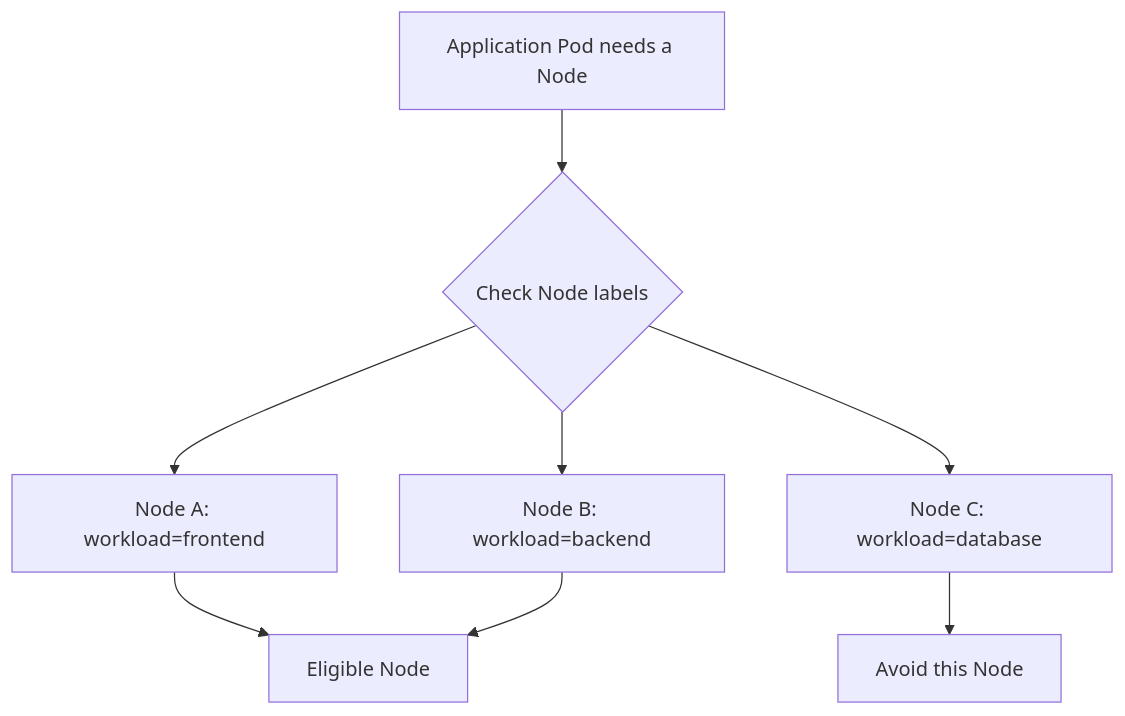
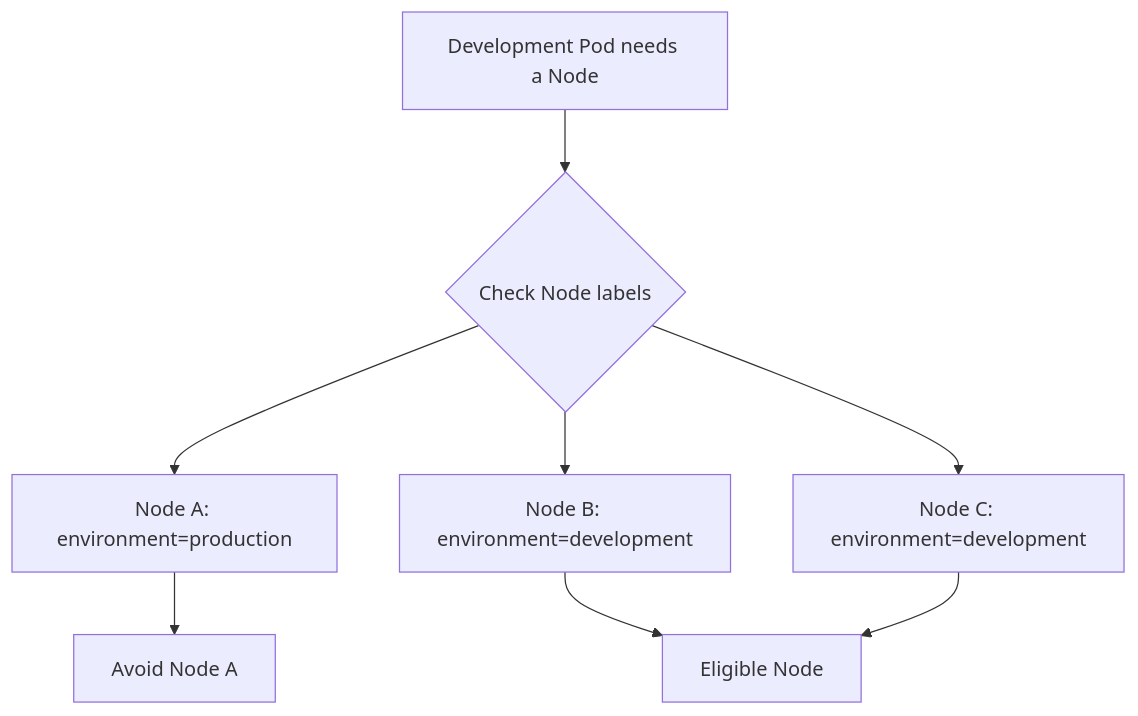
The second of 9 diagrams in docs/pod-affinity-and-node-affinity.md (Mi2-Business-Solutions/kubernetes-demo), drawn with Mermaid before and after one commit. The commit also changed other lines of this file and 13 other files, not shown here.

````diff
--- a/docs/pod-affinity-and-node-affinity.md
+++ b/docs/pod-affinity-and-node-affinity.md
@@ -90,10 +294,10 @@
 ```mermaid
 flowchart TD
-    A["Application Pod needs a Node"] --> B{"Check Node labels"}
-    B --> C["Node A: workload=frontend"]
-    B --> D["Node B: workload=backend"]
-    B --> E["Node C: workload=database"]
-    E --> F["Avoid this Node"]
-    C --> G["Eligible Node"]
-    D --> G
+    A["Development Pod needs a Node"] --> B{"Check Node labels"}
+    B --> C["Node A: environment=production"]
+    B --> D["Node B: environment=development"]
+    B --> E["Node C: environment=development"]
+    C --> F["Avoid Node A"]
+    D --> G["Eligible Node"]
+    E --> G
 ```
````
